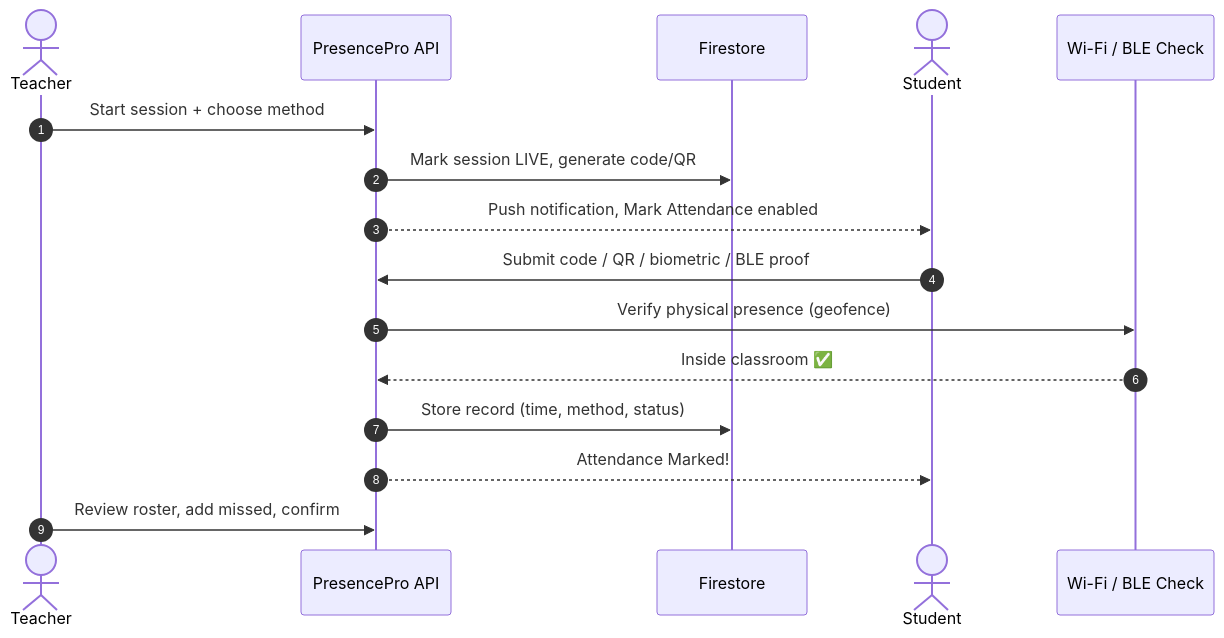
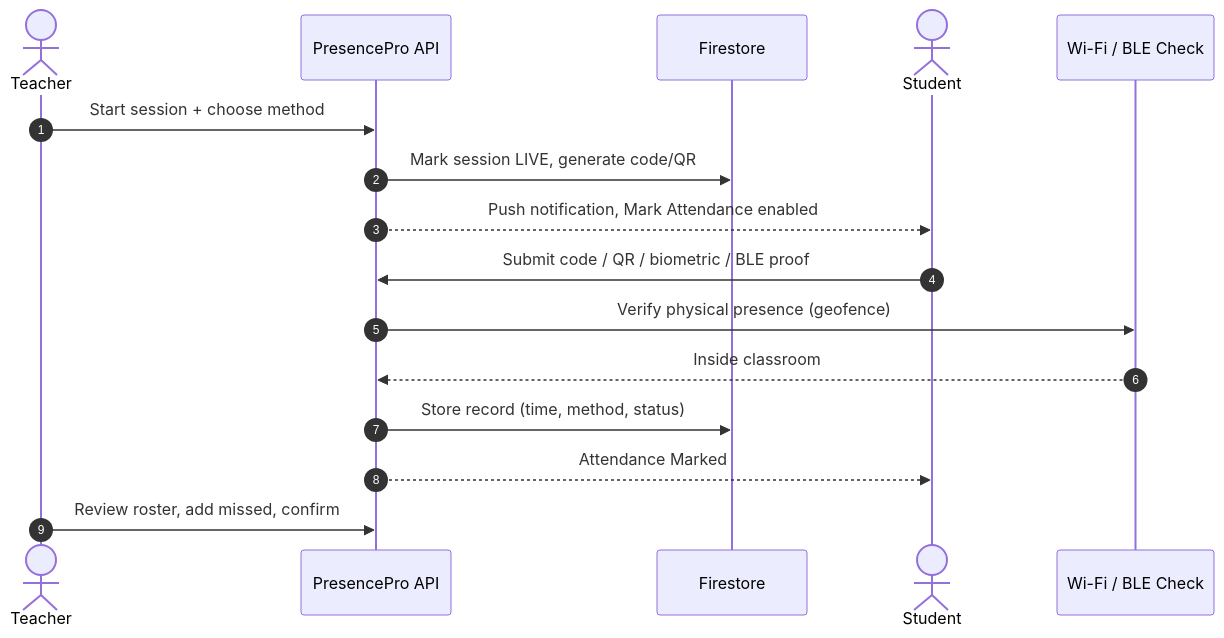
One commit to bhumit1204/presence-pro changed the first of 3 diagrams in README.md. Above: the diagram before and after it, drawn with Mermaid. The commit also changed other lines of this file and 225 other files, not shown here.

````diff
--- a/README.md
+++ b/README.md
@@ -79,19 +103,19 @@
 ```mermaid
 sequenceDiagram
     autonumber
     actor T as Teacher
     participant API as PresencePro API
     participant DB as Firestore
     actor S as Student
     participant N as Wi-Fi / BLE Check
 
     T->>API: Start session + choose method
     API->>DB: Mark session LIVE, generate code/QR
     API-->>S: Push notification, Mark Attendance enabled
     S->>API: Submit code / QR / biometric / BLE proof
     API->>N: Verify physical presence (geofence)
-    N-->>API: Inside classroom ✅
+    N-->>API: Inside classroom
     API->>DB: Store record (time, method, status)
-    API-->>S: Attendance Marked!
+    API-->>S: Attendance Marked
     T->>API: Review roster, add missed, confirm
 ```
````
